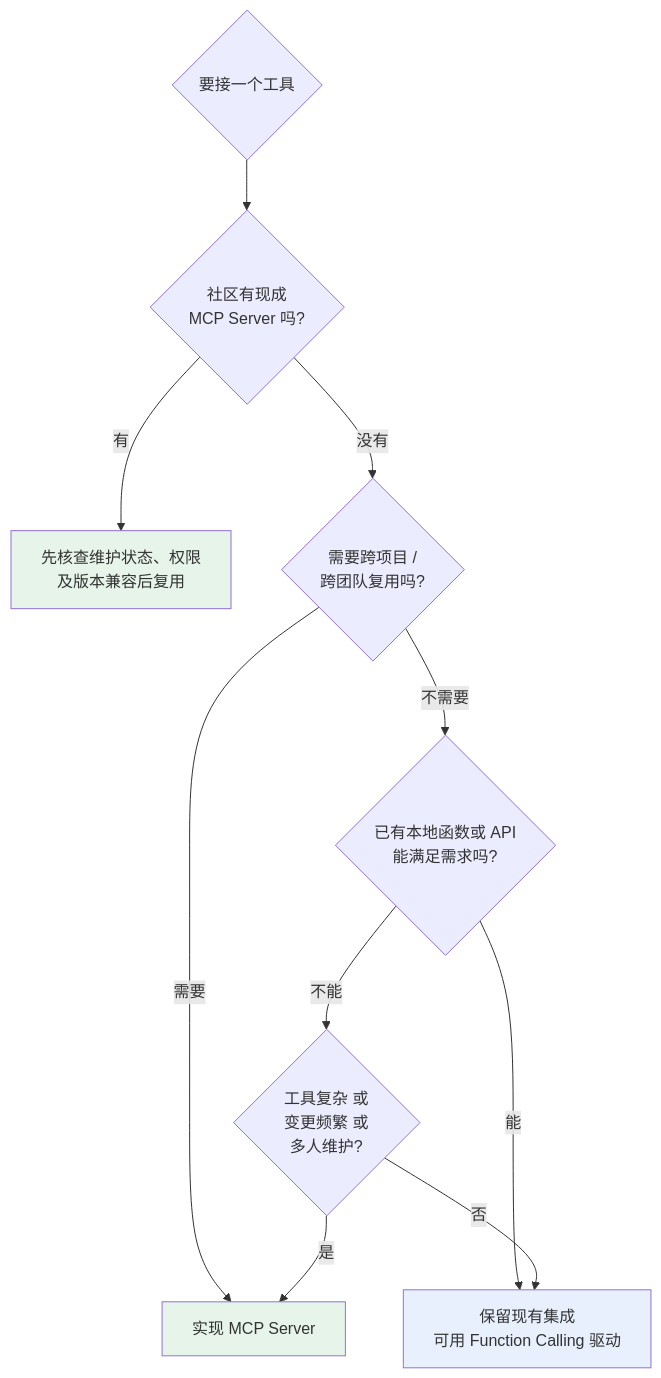
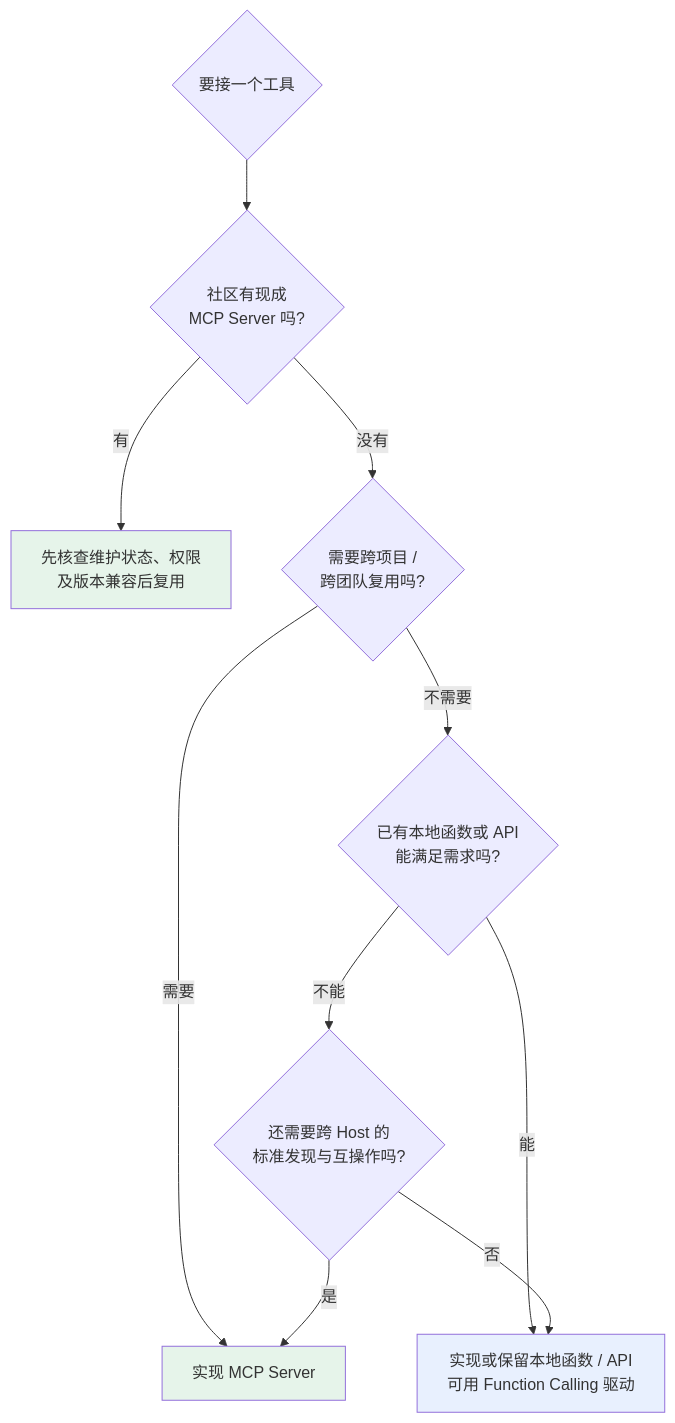
The third of 3 diagrams in docs/tools/02-mcp/06-mcp-vs-function-calling.md (oneleaveknowsthefall/awesome-ai-roadmap), drawn with Mermaid before and after one commit. The commit also changed other lines of this file and 16 other files, not shown here.

````diff
--- a/docs/tools/02-mcp/06-mcp-vs-function-calling.md
+++ b/docs/tools/02-mcp/06-mcp-vs-function-calling.md
@@ -111,16 +111,16 @@
 ```mermaid
 flowchart TB
     START{要接一个工具} --> Q1{社区有现成<br/>MCP Server 吗?}
     Q1 -->|有| USE_MCP["先核查维护状态、权限<br/>及版本兼容后复用"]
     Q1 -->|没有| Q2{需要跨项目 /<br/>跨团队复用吗?}
     Q2 -->|需要| BUILD_MCP["实现 MCP Server"]
     Q2 -->|不需要| Q3{已有本地函数或 API<br/>能满足需求吗?}
-    Q3 -->|能| USE_FC["保留现有集成<br/>可用 Function Calling 驱动"]
-    Q3 -->|不能| Q4{工具复杂 或<br/>变更频繁 或<br/>多人维护?}
+    Q3 -->|能| USE_FC["实现或保留本地函数 / API<br/>可用 Function Calling 驱动"]
+    Q3 -->|不能| Q4{还需要跨 Host 的<br/>标准发现与互操作吗?}
     Q4 -->|是| BUILD_MCP
     Q4 -->|否| USE_FC
 
     style USE_MCP fill:#e6f4ea
     style BUILD_MCP fill:#e6f4ea
     style USE_FC fill:#e8f0fe
 ```
````
